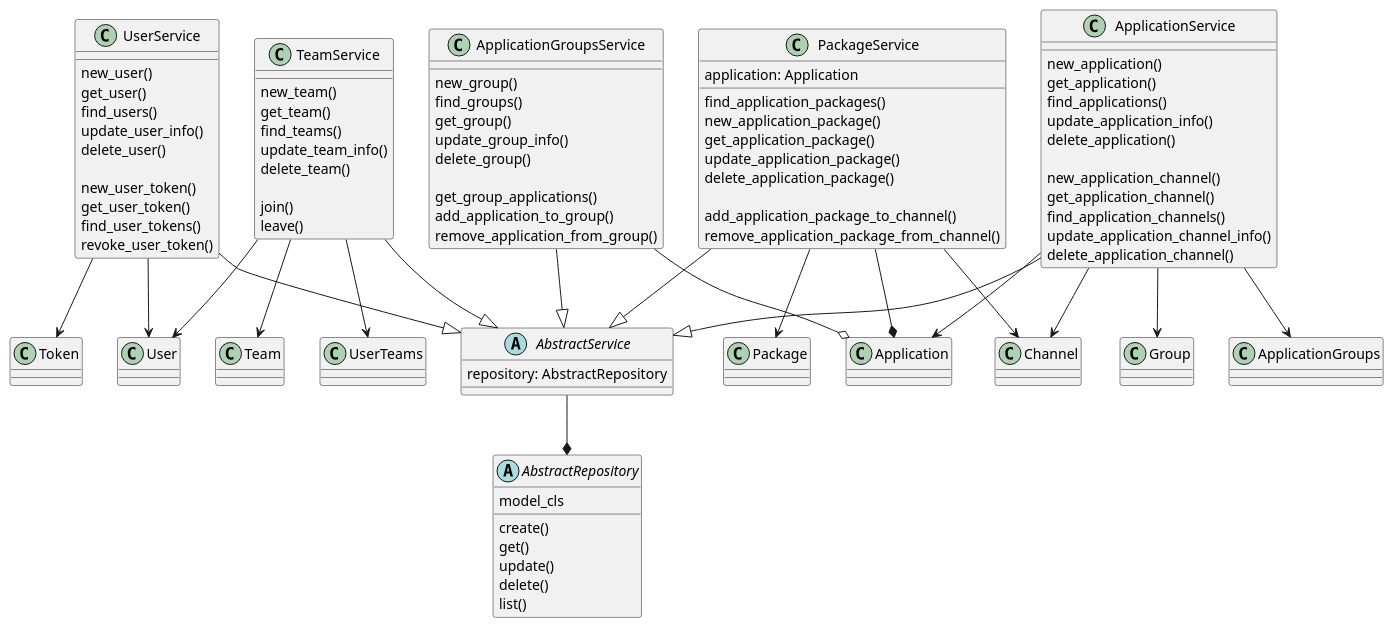
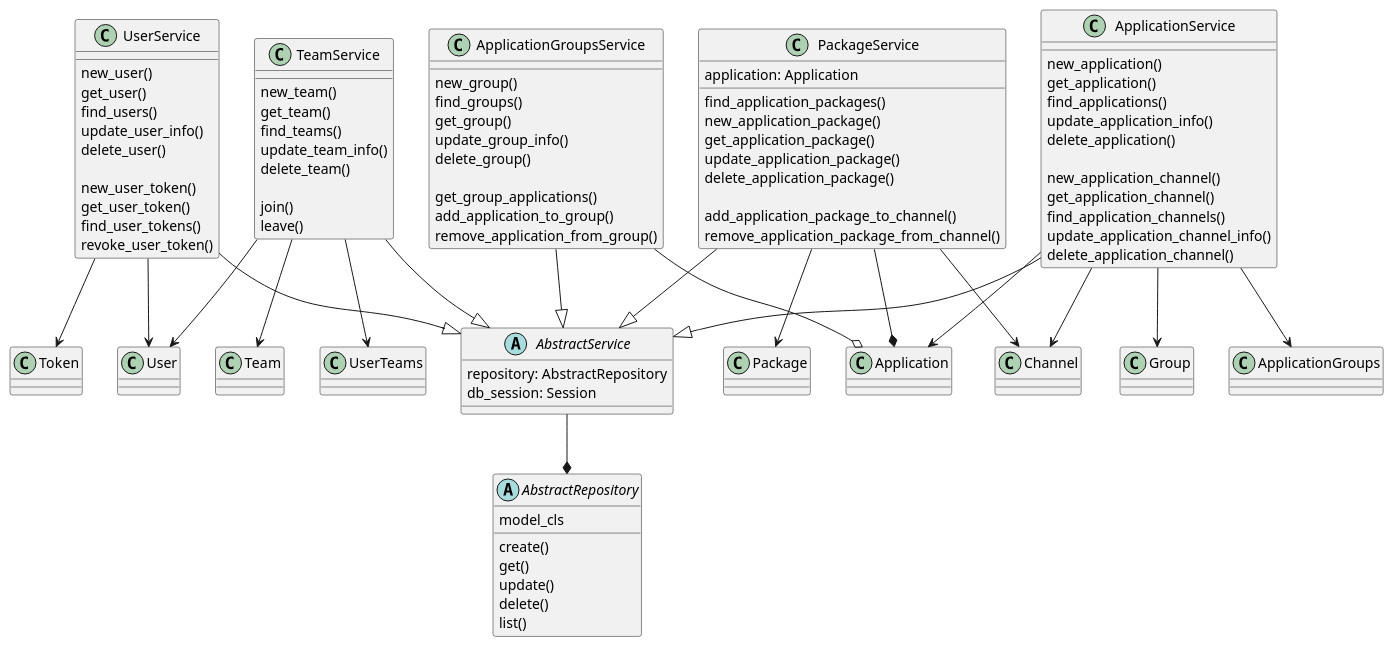
Before and after one commit to DragosBulumac/project-UpdateService: the second of 2 diagrams in docs/project-structure.puml, drawn with PlantUML. The commit also changed other lines of this file and 2 other files, not shown here.

Commit message:
Add DB session to all related entities.

```diff
--- a/docs/project-structure.puml
+++ b/docs/project-structure.puml
@@ -17,115 +21,116 @@
 @startuml
 class User
 class Team
 class UserTeams
 class Token
 class Application
 class Package
 class Channel
 class Group
 class ApplicationGroups
 
 abstract class AbstractRepository {
     model_cls
 
     create()
     get()
     update()
     delete()
     list()
 }
 
 abstract class AbstractService {
     repository: AbstractRepository
+    db_session: Session
 }
 
 AbstractService --* AbstractRepository
 
 class UserService {
     new_user()
     get_user()
     find_users()
     update_user_info()
     delete_user()
 
     new_user_token()
     get_user_token()
     find_user_tokens()
     revoke_user_token()
 }
 
 UserService --|> AbstractService
 UserService --> User
 UserService --> Token
 
 class TeamService {
     new_team()
     get_team()
     find_teams()
     update_team_info()
     delete_team()
 
     join()
     leave()
 }
 
 TeamService --|> AbstractService
 TeamService --> Team
 TeamService --> User
 TeamService --> UserTeams
 
 
 class ApplicationService {
     new_application()
     get_application()
     find_applications()
     update_application_info()
     delete_application()
 
     new_application_channel()
     get_application_channel()
     find_application_channels()
     update_application_channel_info()
     delete_application_channel()
 }
 
 ApplicationService --|> AbstractService
 ApplicationService --> Application
 ApplicationService --> Channel
 
 
 class PackageService {
     application: Application
 
     find_application_packages()
     new_application_package()
     get_application_package()
     update_application_package()
     delete_application_package()
 
     add_application_package_to_channel()
     remove_application_package_from_channel()
 }
 
 PackageService --|> AbstractService
 PackageService --* Application
 PackageService --> Channel
 PackageService --> Package
 
 class ApplicationGroupsService {
     new_group()
     find_groups()
     get_group()
     update_group_info()
     delete_group()
 
     get_group_applications()
     add_application_to_group()
     remove_application_from_group()
 }
 
 ApplicationGroupsService --|> AbstractService
 ApplicationGroupsService --o Application
 ApplicationService --> Group
 ApplicationService --> ApplicationGroups
 @enduml
```
